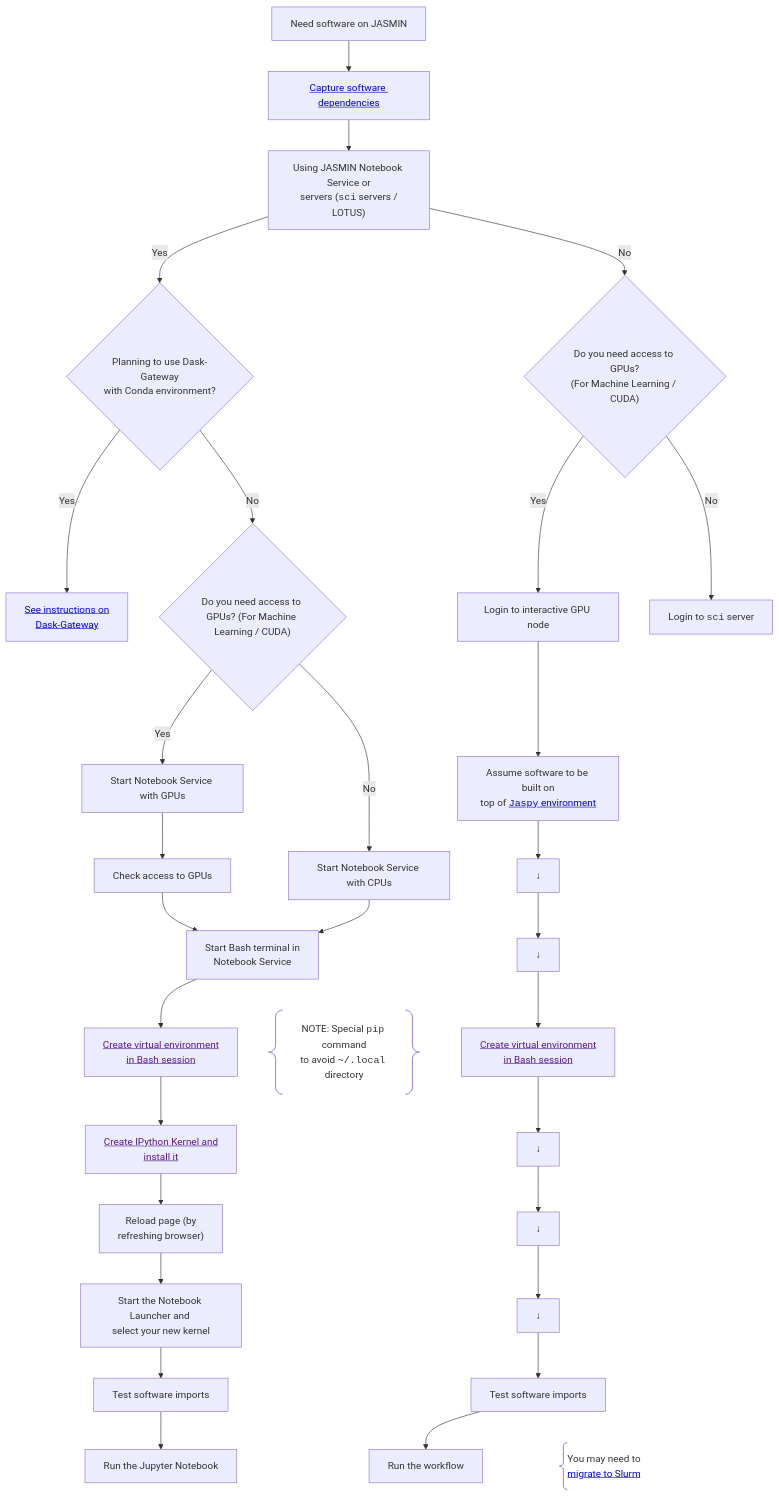
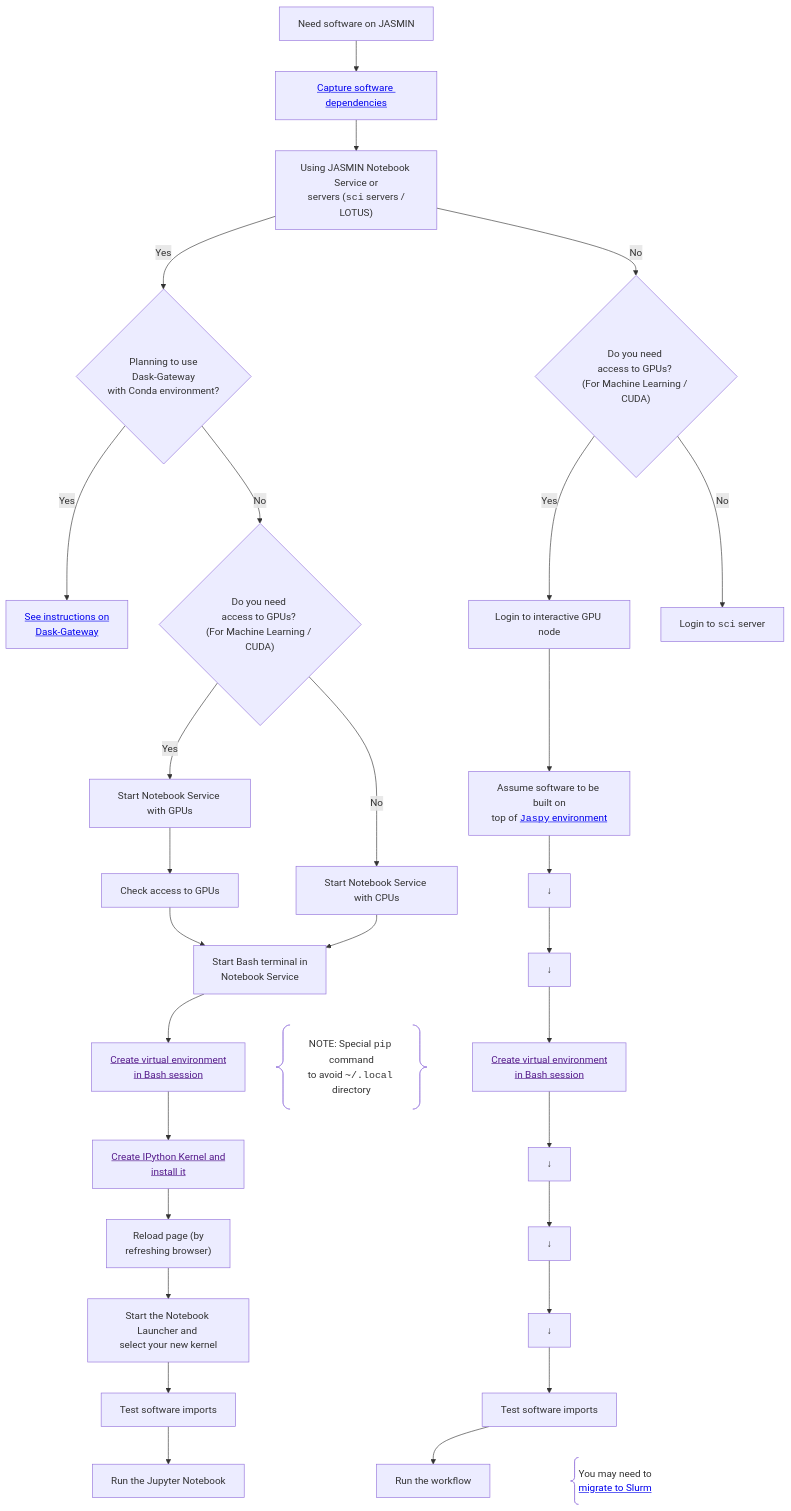
The second of 3 diagrams in README.md (agstephens/proto-jasmin-mermaid-docs), drawn with Mermaid before and after one commit.

Commit message:
Fix formatting in README.md for clarity

````diff
--- a/README.md
+++ b/README.md
@@ -105,52 +105,52 @@
 ```mermaid
 ---
   theme: 'default'
   themeVariables:
     fontSize: 9pt
 ---
 flowchart TD
     NEED[Need software on JASMIN] --> REQS
 
     REQS[<a href="https://github.com/agstephens/proto-jasmin-mermaid-docs/blob/main/README.md#managing-your-dependencies-using-a-requirements-file">Capture software dependencies</a>]
 
     REQS --> JNS[Using JASMIN Notebook <br/>Service or<br/> servers #40;<code>sci</code> servers / LOTUS#41;]
 
-    JNS -->|Yes| DASK{Planning to use Dask-Gateway<br/>with Conda environment?}
+    JNS -->|Yes| DASK{Planning to use <br/>Dask-Gateway<br/>with Conda environment?}
 
     USE_DASK[<a href="https://github.com/agstephens/proto-jasmin-mermaid-docs/blob/main/README.md#using-dask-gateway">See instructions on <br/>Dask-Gateway</a>]
     DASK -->|Yes| USE_DASK
-    DASK -->|No| GPU_JNS{Do you need access to <br/>GPUs? #40;For Machine Learning / CUDA#41;}
+    DASK -->|No| GPU_JNS{Do you need <br/>access to GPUs? <br/>#40;For Machine Learning / CUDA#41;}
 
     GPU_JNS -->|Yes| START_JNS_GPU[Start Notebook Service with GPUs]
     GPU_JNS -->|No| START_JNS_CPU[Start Notebook Service with CPUs]
 
     START_JNS_GPU --> CHECK_GPU[Check access to GPUs]
 
     JNS_BASH[Start Bash terminal in <br/>Notebook Service]
 
     CHECK_GPU --> JNS_BASH    
     START_JNS_CPU --> JNS_BASH
 
     JNS_BASH --> VENV_JNS[<a href="">Create virtual environment <br/>in Bash session</a>]
     VENV_JNS --> KERNEL[<a href="">Create IPython Kernel and <br/>install it</a>]
     KERNEL --> RELOAD[Reload page #40;by <br/>refreshing browser#41;]
 
     RELOAD --> LAUNCH_NB[Start the Notebook Launcher and <br/>select your new kernel]
     LAUNCH_NB --> TEST_IMP_JNS[Test software imports]
 
     TEST_IMP_JNS --> RUN_NB[Run the Jupyter Notebook]
 
-    JNS -->|No| GPU_SCI{Do you need access to GPUs?<br/>#40;For Machine Learning / CUDA#41;}
+    JNS -->|No| GPU_SCI{Do you need <br/>access to GPUs? <br/>#40;For Machine Learning / CUDA#41;}
     GPU_SCI -->|Yes| LOGIN_GPU[Login to interactive GPU node]
     GPU_SCI -->|No| LOGIN_CPU[Login to <code>sci</code> server]
 
     LOGIN_GPU --> JASPY_BASE[Assume software to be built on<br/>top of <a href="https://help.jasmin.ac.uk/docs/software-on-jasmin/jaspy-envs/"><code>Jaspy</code> environment<a/>]
     JASPY_BASE --> _1[#darr;] --> _2[#darr;] --> VENV_SCI[<a href="">Create virtual environment <br/>in Bash session</a>]
 
     VENV_SCI --> _3[#darr;] --> _4[#darr;] --> _5[#darr;] --> TEST_IMP_SCI[Test software imports]
     TEST_IMP_SCI --> RUN_SCI[Run the workflow]
 
     JNS_BASH ~~~ C1@{ shape: braces, label: "NOTE: Special <code>pip</code> command<br/>to avoid <code>~/.local</code> directory" }
     TEST_IMP_SCI ~~~ C2@{ shape: brace-l, label: "You may need to<br/><a href="https://github.com/agstephens/proto-jasmin-mermaid-docs/blob/main/README.md#workflow-migration">migrate to Slurm</a>"}
 
 ```
````
